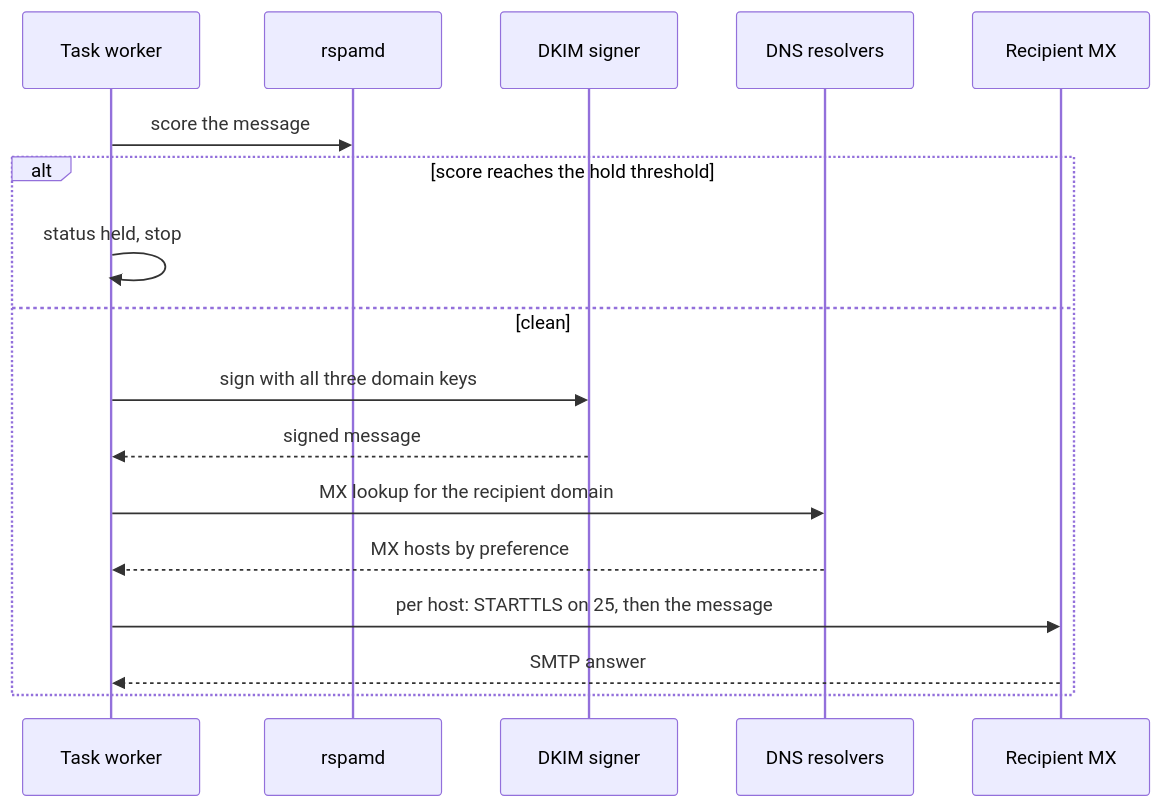
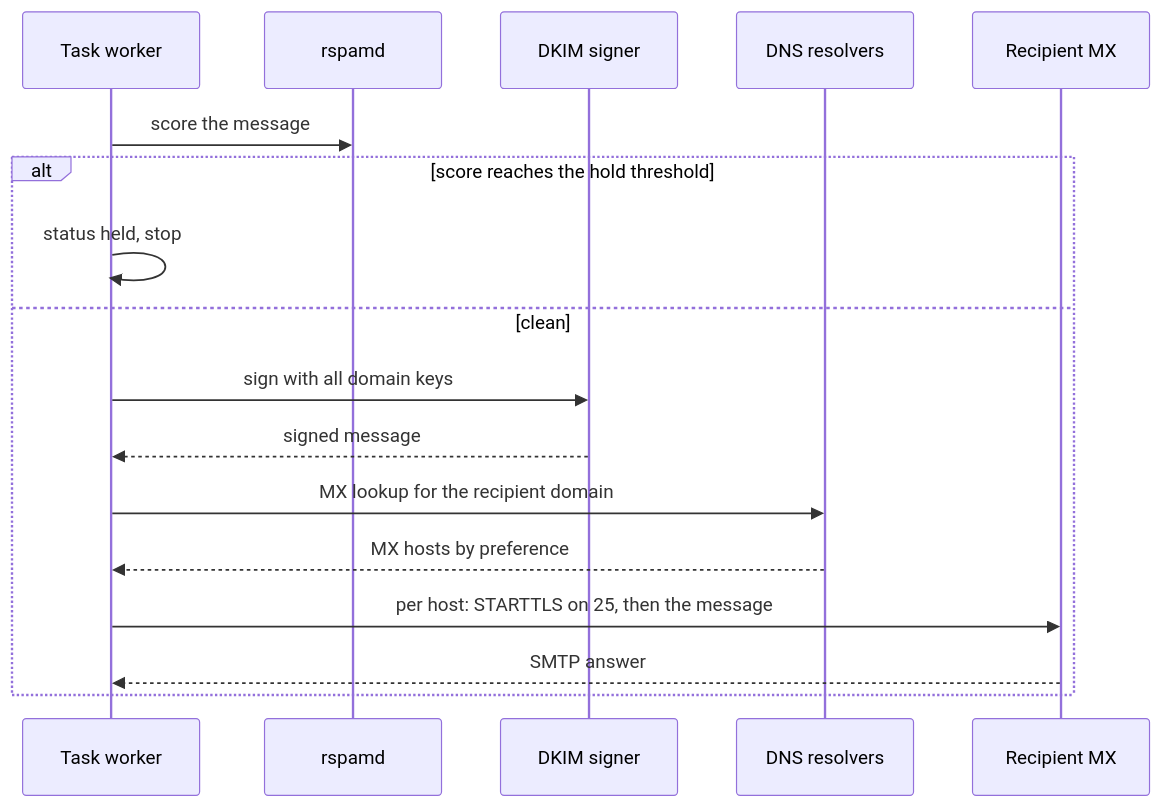
The second of 2 diagrams in docs/docs/sending.md (codingjoe/relay), drawn with Mermaid before and after one commit. The commit also changed 3 other files, not shown here.

````diff
--- a/docs/docs/sending.md
+++ b/docs/docs/sending.md
@@ -78,20 +78,20 @@
 ```mermaid
 sequenceDiagram
     participant Queue as Task worker
     participant Scan as rspamd
     participant Sign as DKIM signer
     participant DNS as DNS resolvers
     participant Remote as Recipient MX
 
     Queue->>Scan: score the message
     alt score reaches the hold threshold
         Queue->>Queue: status held, stop
     else clean
-        Queue->>Sign: sign with all three domain keys
+        Queue->>Sign: sign with all domain keys
         Sign-->>Queue: signed message
         Queue->>DNS: MX lookup for the recipient domain
         DNS-->>Queue: MX hosts by preference
         Queue->>Remote: per host: STARTTLS on 25, then the message
         Remote-->>Queue: SMTP answer
     end
 ```
````
